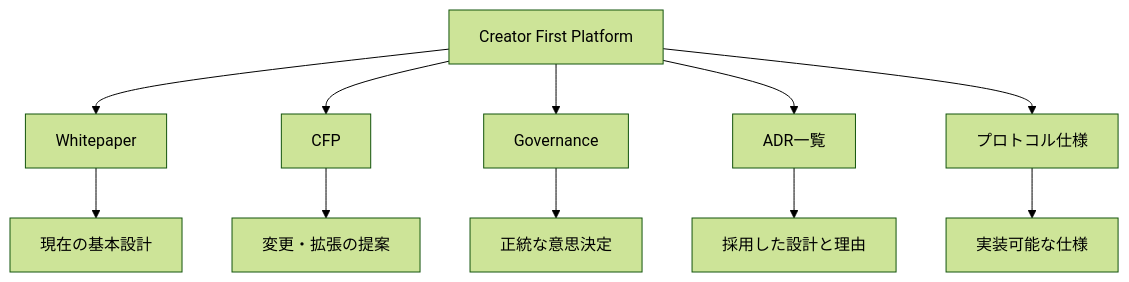
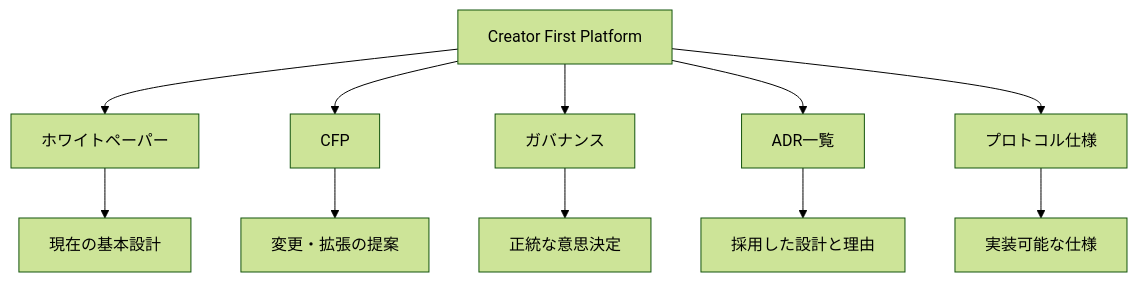
Before and after one commit to ShigeichiroYamasaki/creator-first-platform: the fourth of 5 diagrams in docs/index.md, drawn with Mermaid (forest theme). The commit also changed other lines of this file and 72 other files, not shown here.

````diff
--- a/docs/index.md
+++ b/docs/index.md
@@ -211,16 +211,16 @@
 ```mermaid
 flowchart TD
     TOP[Creator First Platform]
 
-    TOP --> WP[Whitepaper]
+    TOP --> WP[ホワイトペーパー]
     TOP --> CFP[CFP]
-    TOP --> GOV[Governance]
+    TOP --> GOV[ガバナンス]
     TOP --> ADR[ADR一覧]
     TOP --> PROTOCOL[プロトコル仕様]
 
     WP --> CURRENT[現在の基本設計]
     CFP --> CHANGE[変更・拡張の提案]
     GOV --> DECISION[正統な意思決定]
     ADR --> DESIGN[採用した設計と理由]
     PROTOCOL --> IMPLEMENT[実装可能な仕様]
 ```
````
